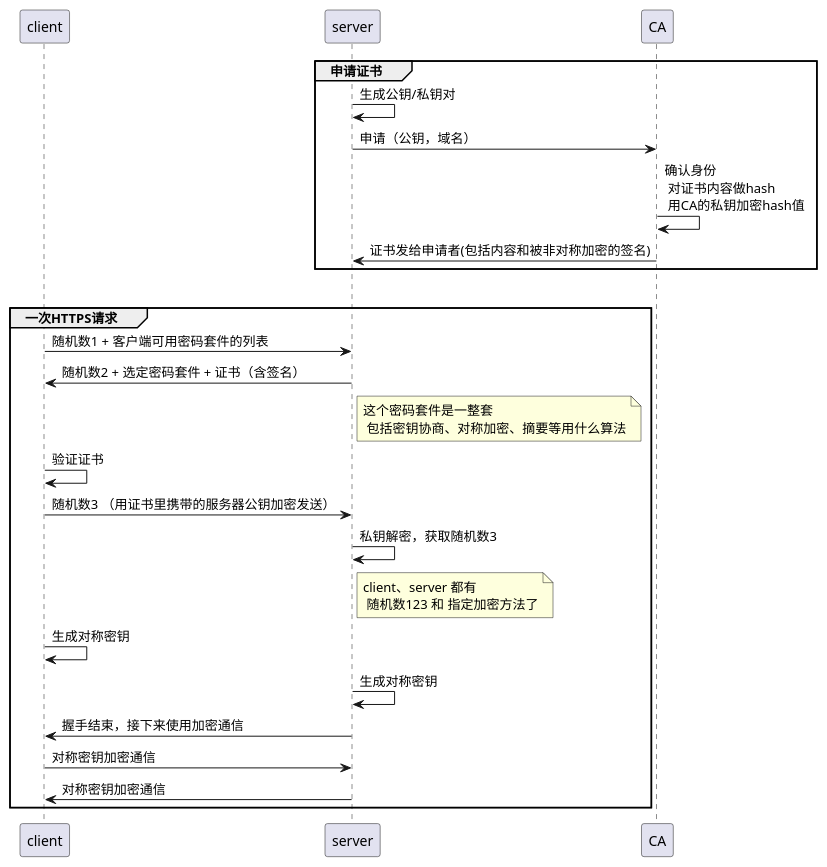
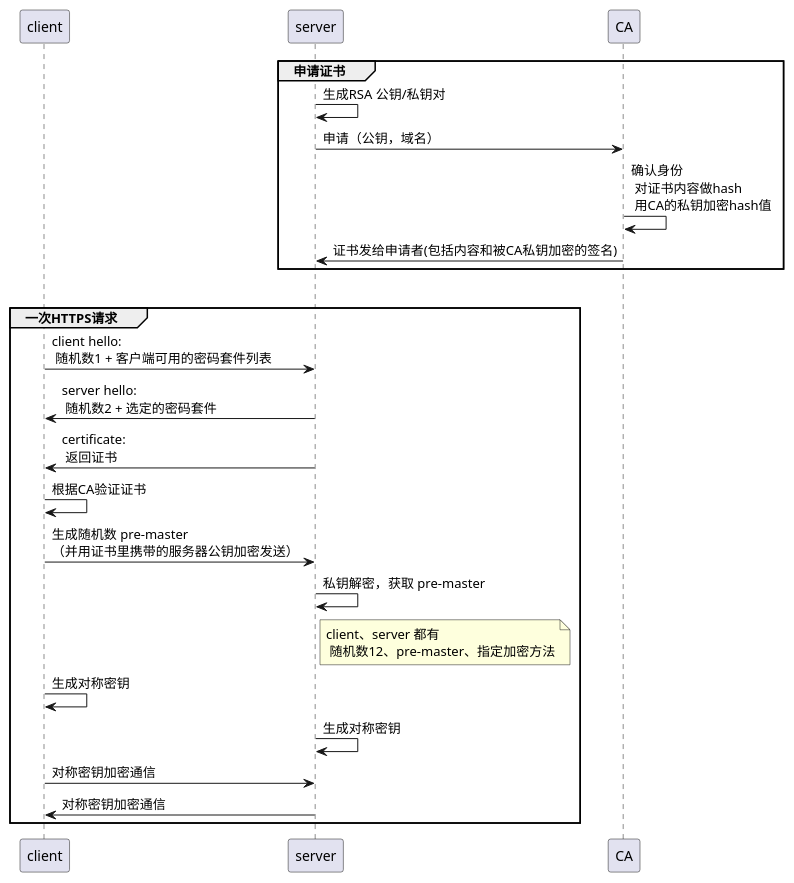
One commit to hhgfy/hhgfy.github.io changed the diagram in 网络/HTTP/https/https流程.puml. Above: the diagram before and after it, drawn with PlantUML. The commit also changed 25 other files, not shown here.

```diff
--- a/网络/HTTP/https/https流程.puml
+++ b/网络/HTTP/https/https流程.puml
@@ -1,46 +1,42 @@
 @startuml https流程
 
 participant client as c
 participant server as s
 
 participant  CA as ca
 
 group 申请证书
-s->s: 生成公钥/私钥对
+s->s: 生成RSA 公钥/私钥对
 
 s->ca: 申请（公钥，域名）
 
 ca->ca: 确认身份\n 对证书内容做hash \n 用CA的私钥加密hash值
 
-ca->s: 证书发给申请者(包括内容和被非对称加密的签名)
+ca->s: 证书发给申请者(包括内容和被CA私钥加密的签名)
 
 end
 
 |||
 
 group 一次HTTPS请求
 
-c->s: 随机数1 + 客户端可用密码套件的列表
-s->c: 随机数2 + 选定密码套件 + 证书（含签名）  
+c->s: client hello: \n 随机数1 + 客户端可用的密码套件列表
+s->c: server hello: \n 随机数2 + 选定的密码套件 
+s->c: certificate: \n 返回证书 
 
-note right of s: 这个密码套件是一整套\n 包括密钥协商、对称加密、摘要等用什么算法
+c->c: 根据CA验证证书
 
+c->s: 生成随机数 pre-master \n（并用证书里携带的服务器公钥加密发送）
+s->s: 私钥解密，获取 pre-master
 
-c->c: 验证证书
-
-c->s: 随机数3 （用证书里携带的服务器公钥加密发送）
-s->s: 私钥解密，获取随机数3
-
-note right of s: client、server 都有\n 随机数123 和 指定加密方法了
+note right of s: client、server 都有\n 随机数12、pre-master、指定加密方法
 
 c->c: 生成对称密钥
 s->s: 生成对称密钥
-
-s->c: 握手结束，接下来使用加密通信
 
 c->s: 对称密钥加密通信
 c<-s: 对称密钥加密通信
 
 end
 
 @enduml
```
